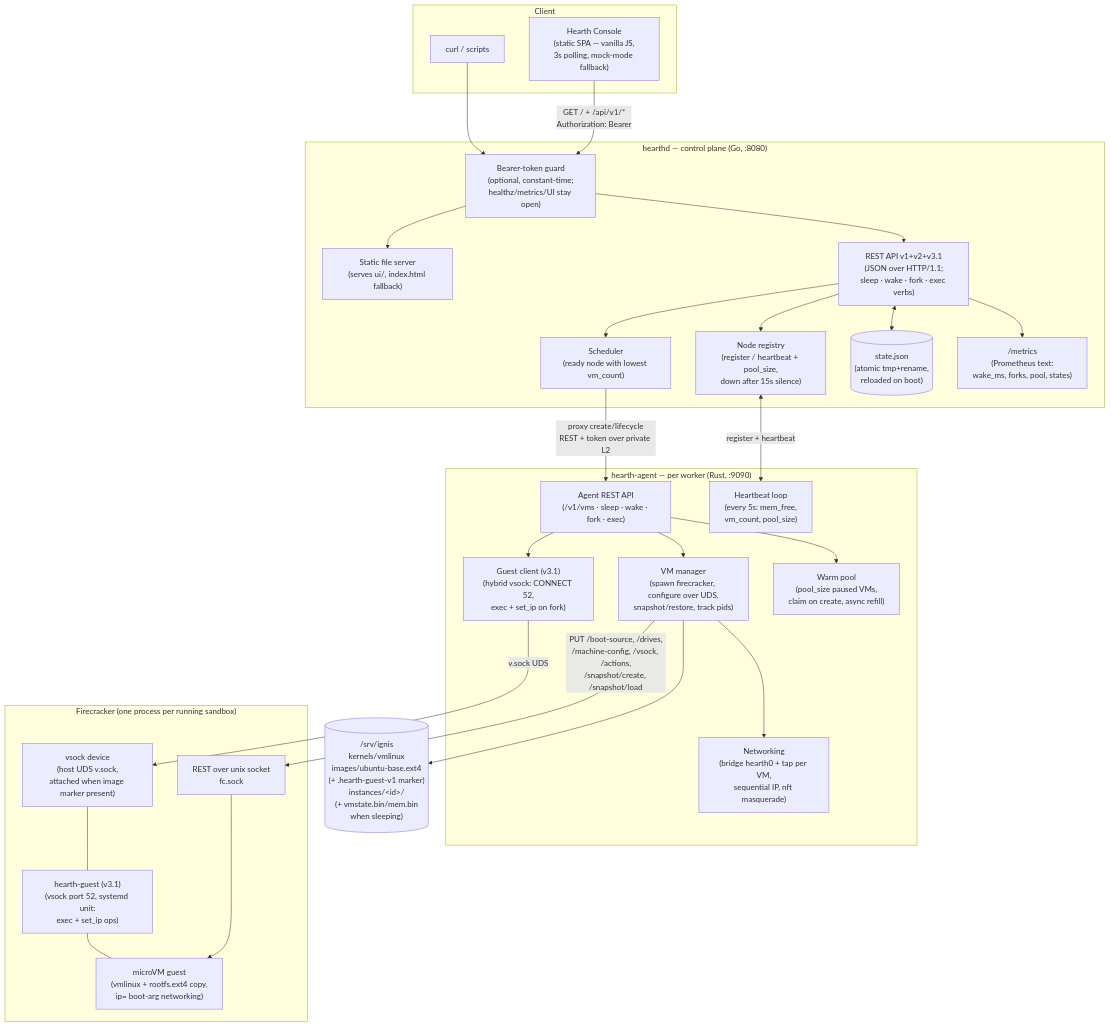
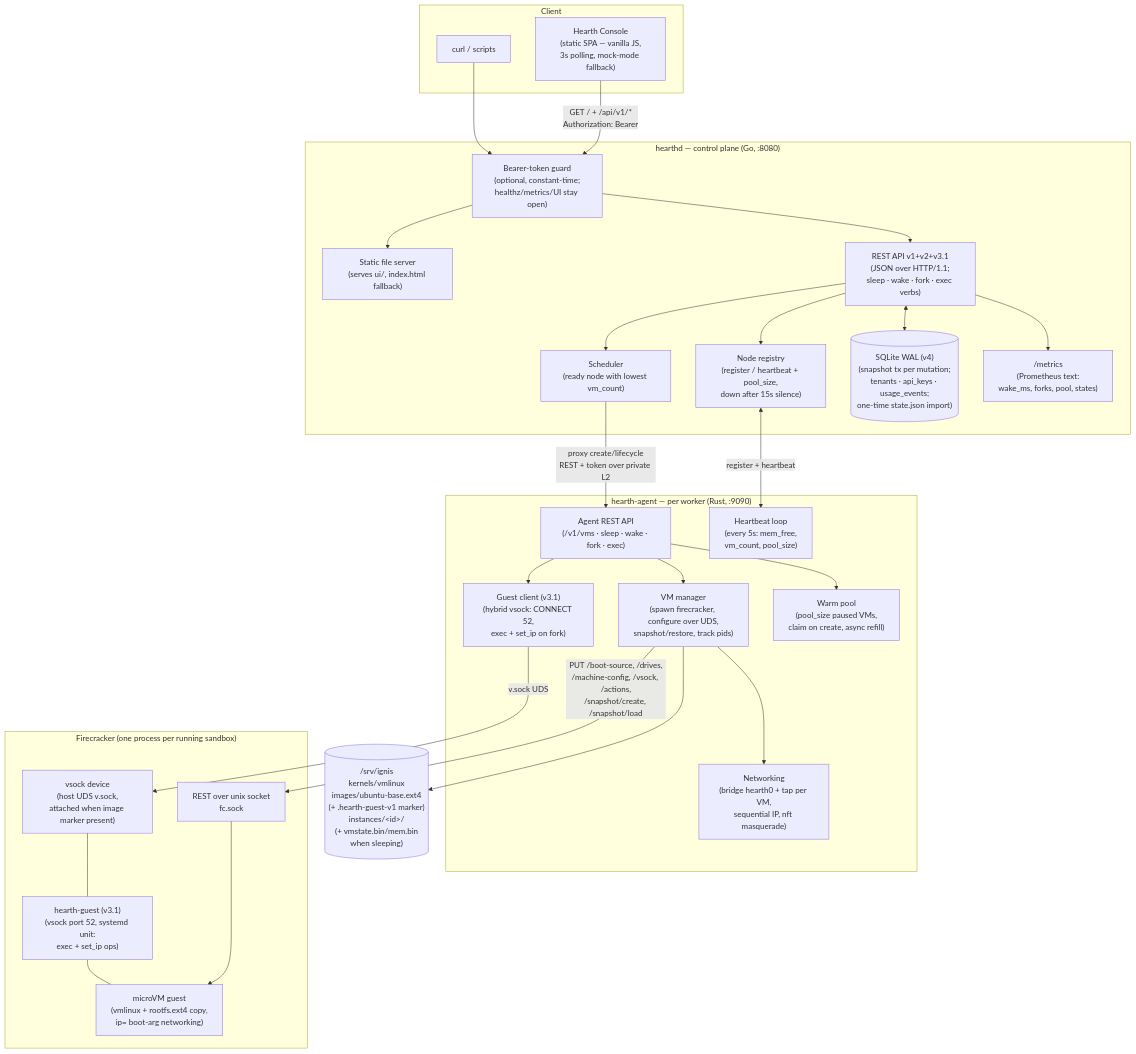
The first of 11 diagrams in docs/ARCHITECTURE.md (Sodoko-dev/felucca), drawn with Mermaid before and after one commit. The commit also changed other lines of this file and 24 other files, not shown here.

First line of the commit message:
v4 P0: tenancy (API keys + enforced namespaces + quotas), SQLite store, usage metering

````diff
--- a/docs/ARCHITECTURE.md
+++ b/docs/ARCHITECTURE.md
@@ -27,56 +27,56 @@
 ```mermaid
 flowchart TB
     subgraph client["Client"]
         UI["Hearth Console<br/>(static SPA — vanilla JS,<br/>3s polling, mock-mode fallback)"]
         CLI["curl / scripts"]
     end
 
     subgraph hearthd["hearthd — control plane (Go, :8080)"]
         AUTH["Bearer-token guard<br/>(optional, constant-time;<br/>healthz/metrics/UI stay open)"]
         STATIC["Static file server<br/>(serves ui/, index.html fallback)"]
         API["REST API v1+v2+v3.1<br/>(JSON over HTTP/1.1;<br/>sleep · wake · fork · exec verbs)"]
         SCHED["Scheduler<br/>(ready node with lowest vm_count)"]
         REG["Node registry<br/>(register / heartbeat + pool_size,<br/>down after 15s silence)"]
-        STATE[("state.json<br/>(atomic tmp+rename,<br/>reloaded on boot)")]
+        STATE[("SQLite WAL (v4)<br/>(snapshot tx per mutation;<br/>tenants · api_keys · usage_events;<br/>one-time state.json import)")]
         METRICS["/metrics<br/>(Prometheus text:<br/>wake_ms, forks, pool, states)"]
     end
 
     subgraph agent["hearth-agent — per worker (Rust, :9090)"]
         AAPI["Agent REST API<br/>(/v1/vms · sleep · wake · fork · exec)"]
         VMM["VM manager<br/>(spawn firecracker, configure over UDS,<br/>snapshot/restore, track pids)"]
         GC["Guest client (v3.1)<br/>(hybrid vsock: CONNECT 52,<br/>exec + set_ip on fork)"]
         POOL["Warm pool<br/>(pool_size paused VMs,<br/>claim on create, async refill)"]
         NET["Networking<br/>(bridge hearth0 + tap per VM,<br/>sequential IP, nft masquerade)"]
         HB["Heartbeat loop<br/>(every 5s: mem_free,<br/>vm_count, pool_size)"]
     end
 
     subgraph fc["Firecracker (one process per running sandbox)"]
         FCAPI["REST over unix socket<br/>fc.sock"]
         VSOCK["vsock device<br/>(host UDS v.sock,<br/>attached when image marker present)"]
         UVM["microVM guest<br/>(vmlinux + rootfs.ext4 copy,<br/>ip= boot-arg networking)"]
         HG["hearth-guest (v3.1)<br/>(vsock port 52, systemd unit:<br/>exec + set_ip ops)"]
     end
 
     ASSETS[("/srv/ignis<br/>kernels/vmlinux<br/>images/ubuntu-base.ext4<br/>(+ .hearth-guest-v1 marker)<br/>instances/&lt;id&gt;/<br/>(+ vmstate.bin/mem.bin<br/>when sleeping)")]
 
     UI -->|"GET /  +  /api/v1/*<br/>Authorization: Bearer"| AUTH
     CLI --> AUTH
     AUTH --> STATIC
     AUTH --> API
     API --> SCHED
     API --> REG
     API --> METRICS
     SCHED -->|"proxy create/lifecycle<br/>REST + token over private L2"| AAPI
     REG <--> |"register + heartbeat"| HB
     API <--> STATE
     AAPI --> VMM
     AAPI --> POOL
     AAPI --> GC
     VMM --> NET
     VMM -->|"PUT /boot-source, /drives,<br/>/machine-config, /vsock, /actions,<br/>/snapshot/create, /snapshot/load"| FCAPI
     FCAPI --> UVM
     GC -->|"v.sock UDS"| VSOCK
     VSOCK --- HG
     HG --- UVM
     VMM --> ASSETS
 ```
````
